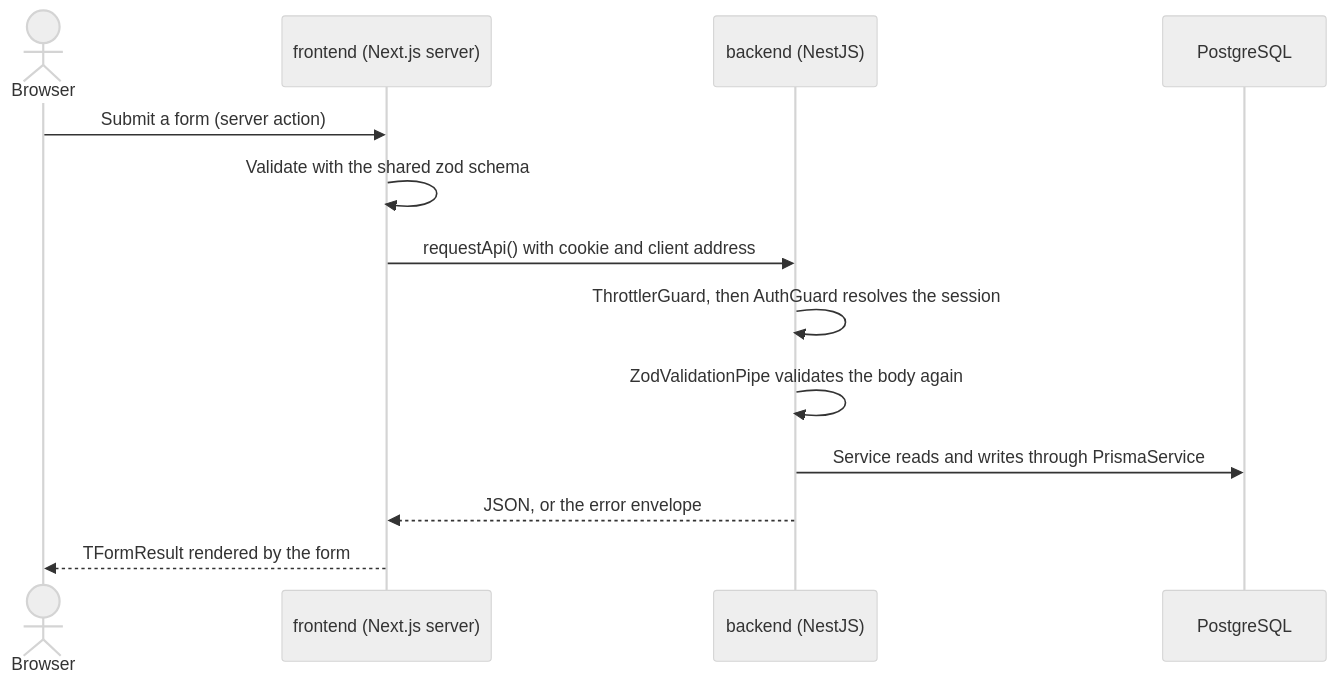
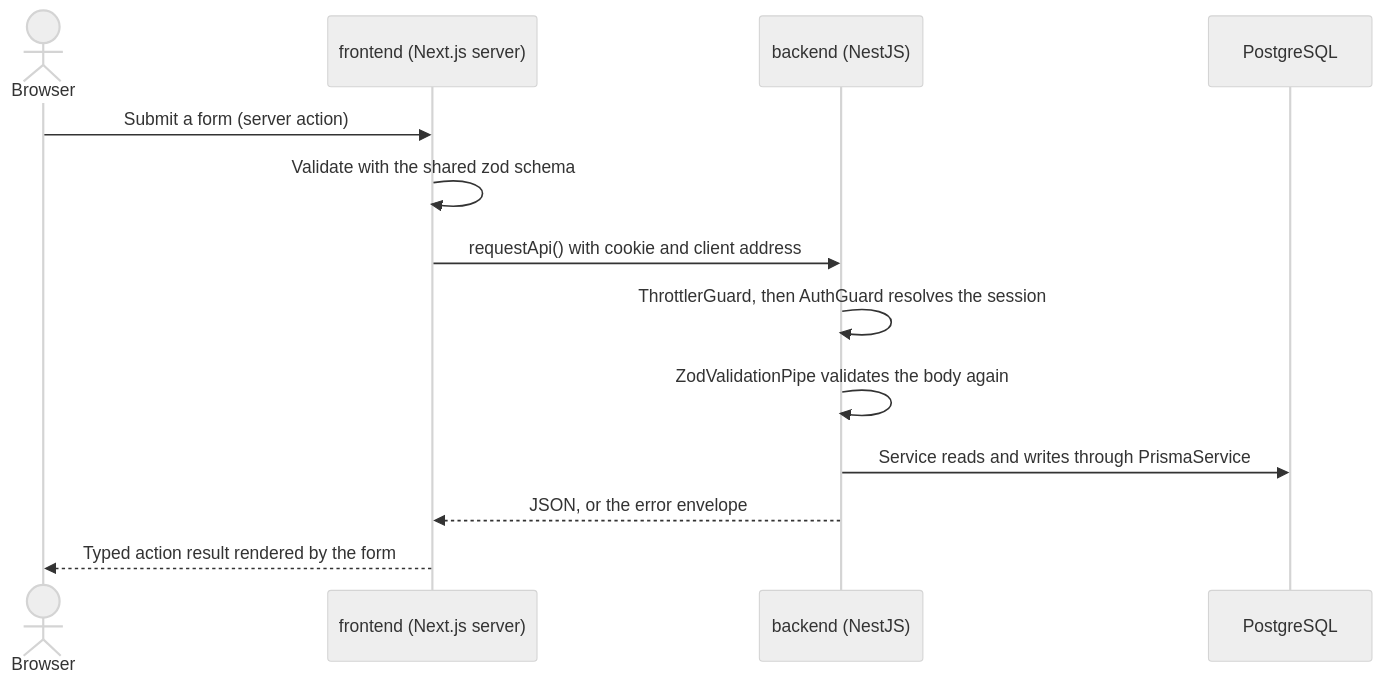
Before and after one commit to Shagon1k/PickFlick: the second of 4 diagrams in ARCHITECTURE.md, drawn with Mermaid (neutral theme). The commit also changed other lines of this file and 348 other files, not shown here.

````diff
--- a/ARCHITECTURE.md
+++ b/ARCHITECTURE.md
@@ -98,16 +99,16 @@
 ```mermaid
 sequenceDiagram
   actor Browser
   participant N as frontend (Next.js server)
   participant A as backend (NestJS)
   participant DB as PostgreSQL
 
   Browser->>N: Submit a form (server action)
   N->>N: Validate with the shared zod schema
   N->>A: requestApi() with cookie and client address
   A->>A: ThrottlerGuard, then AuthGuard resolves the session
   A->>A: ZodValidationPipe validates the body again
   A->>DB: Service reads and writes through PrismaService
   A-->>N: JSON, or the error envelope
-  N-->>Browser: TFormResult rendered by the form
+  N-->>Browser: Typed action result rendered by the form
 ```
````
